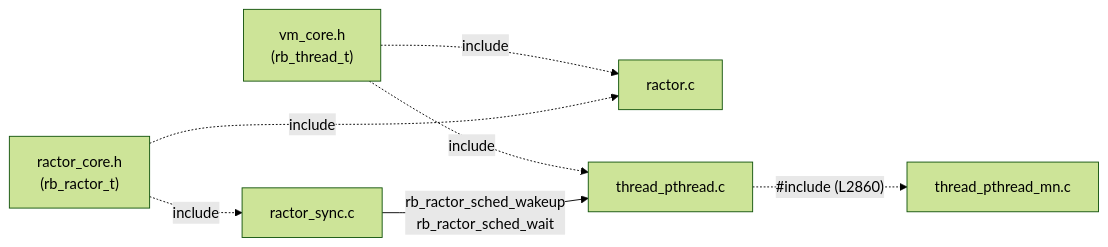
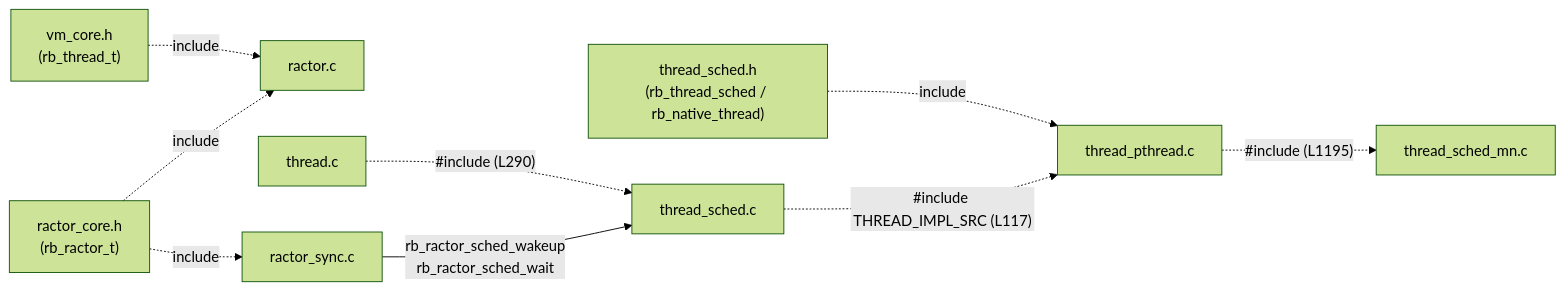
The second of 2 diagrams in wiki/source-reading-guide.md (thekuwayama/biryani-benchmarks), drawn with Mermaid (forest theme) before and after one commit. The commit also changed other lines of this file and 11 other files, not shown here.

````diff
--- a/wiki/source-reading-guide.md
+++ b/wiki/source-reading-guide.md
@@ -47,16 +55,21 @@
 ```mermaid
 flowchart LR
     VM["vm_core.h\n(rb_thread_t)"]
     RCH["ractor_core.h\n(rb_ractor_t)"]
+    TSH["thread_sched.h\n(rb_thread_sched / rb_native_thread)"]
     RC["ractor.c"]
     RS["ractor_sync.c"]
-    TH["thread_pthread.c"]
-    THMN["thread_pthread_mn.c"]
+    T["thread.c"]
+    TS["thread_sched.c"]
+    TP["thread_pthread.c"]
+    TSMN["thread_sched_mn.c"]
 
-    VM -. include .-> TH
     VM -. include .-> RC
     RCH -. include .-> RC
     RCH -. include .-> RS
-    RS -->|"rb_ractor_sched_wakeup\nrb_ractor_sched_wait"| TH
-    TH -. "#include (L2860)" .-> THMN
+    TSH -. include .-> TP
+    T -. "#include (L290)" .-> TS
+    TS -. "#include THREAD_IMPL_SRC (L117)" .-> TP
+    TP -. "#include (L1195)" .-> TSMN
+    RS -->|"rb_ractor_sched_wakeup\nrb_ractor_sched_wait"| TS
 ```
````
